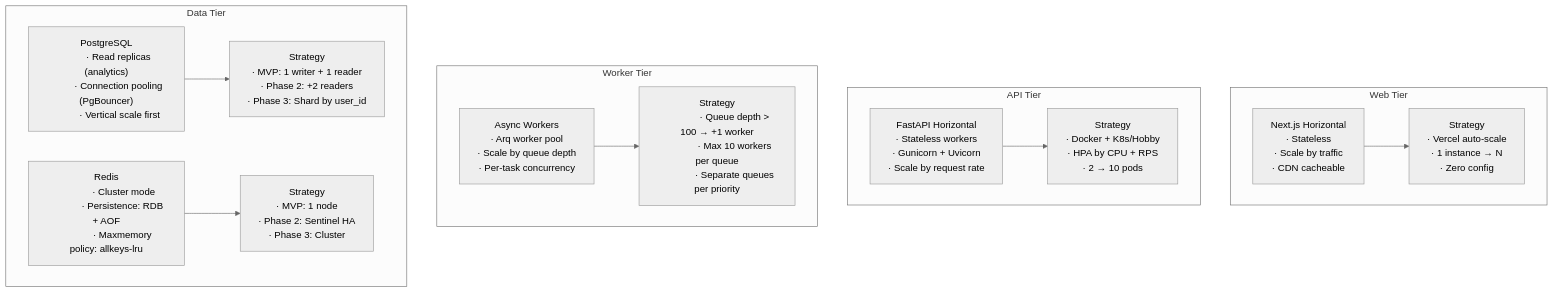
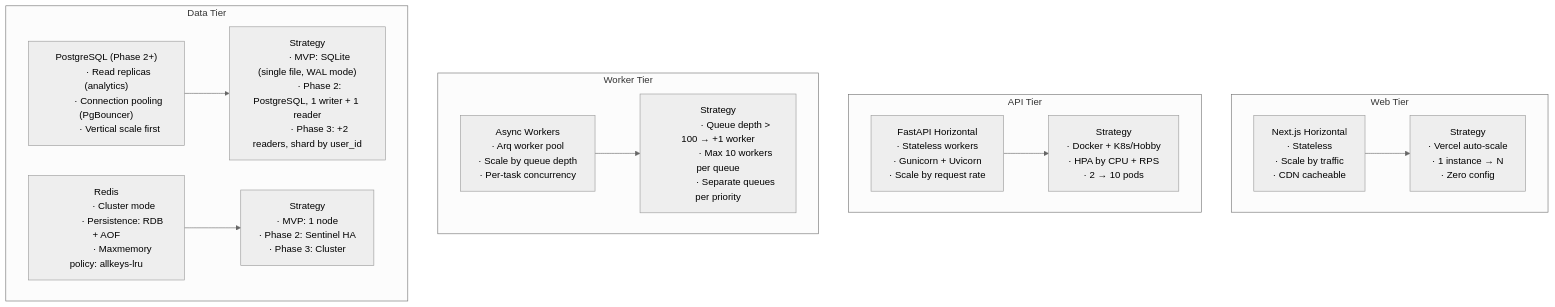
One commit to Blacksujit/AI-Brand-OS changed diagram 18 of 24 in docs/02_SYSTEM_ARCHITECTURE.md. Above: the diagram before and after it, drawn with Mermaid (neutral theme). The commit also changed other lines of this file and 18 other files, not shown here.

````diff
--- a/docs/02_SYSTEM_ARCHITECTURE.md
+++ b/docs/02_SYSTEM_ARCHITECTURE.md
@@ -1644,60 +1652,60 @@
 ```mermaid
 flowchart TB
   subgraph WEB["Web Tier"]
     NEXT_H["Next.js Horizontal
             · Stateless
             · Scale by traffic
             · CDN cacheable"]
     NEXT_S["Strategy
             · Vercel auto-scale
             · 1 instance → N
             · Zero config"]
   end
 
   subgraph API["API Tier"]
     FAST_H["FastAPI Horizontal
             · Stateless workers
             · Gunicorn + Uvicorn
             · Scale by request rate"]
     FAST_S["Strategy
             · Docker + K8s/Hobby
             · HPA by CPU + RPS
             · 2 → 10 pods"]
   end
 
   subgraph WORKER["Worker Tier"]
     WORKER_H["Async Workers
               · Arq worker pool
               · Scale by queue depth
               · Per-task concurrency"]
     WORKER_S["Strategy
               · Queue depth > 100 → +1 worker
               · Max 10 workers per queue
               · Separate queues per priority"]
   end
 
   subgraph DATA["Data Tier"]
-    PG_H["PostgreSQL
+    PG_H["PostgreSQL (Phase 2+)
           · Read replicas (analytics)
           · Connection pooling (PgBouncer)
           · Vertical scale first"]
     PG_S["Strategy
-          · MVP: 1 writer + 1 reader
-          · Phase 2: +2 readers
-          · Phase 3: Shard by user_id"]
+          · MVP: SQLite (single file, WAL mode)
+          · Phase 2: PostgreSQL, 1 writer + 1 reader
+          · Phase 3: +2 readers, shard by user_id"]
     REDIS_H["Redis
              · Cluster mode
              · Persistence: RDB + AOF
              · Maxmemory policy: allkeys-lru"]
     REDIS_S["Strategy
              · MVP: 1 node
              · Phase 2: Sentinel HA
              · Phase 3: Cluster"]
   end
 
   NEXT_H --> NEXT_S
   FAST_H --> FAST_S
   WORKER_H --> WORKER_S
   PG_H --> PG_S
   REDIS_H --> REDIS_S
 ```
````
